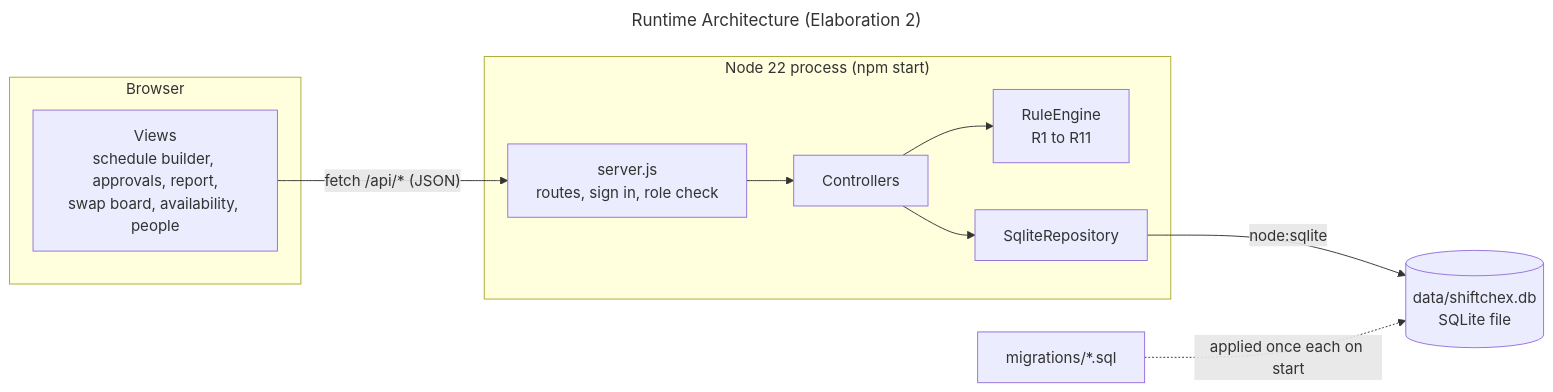
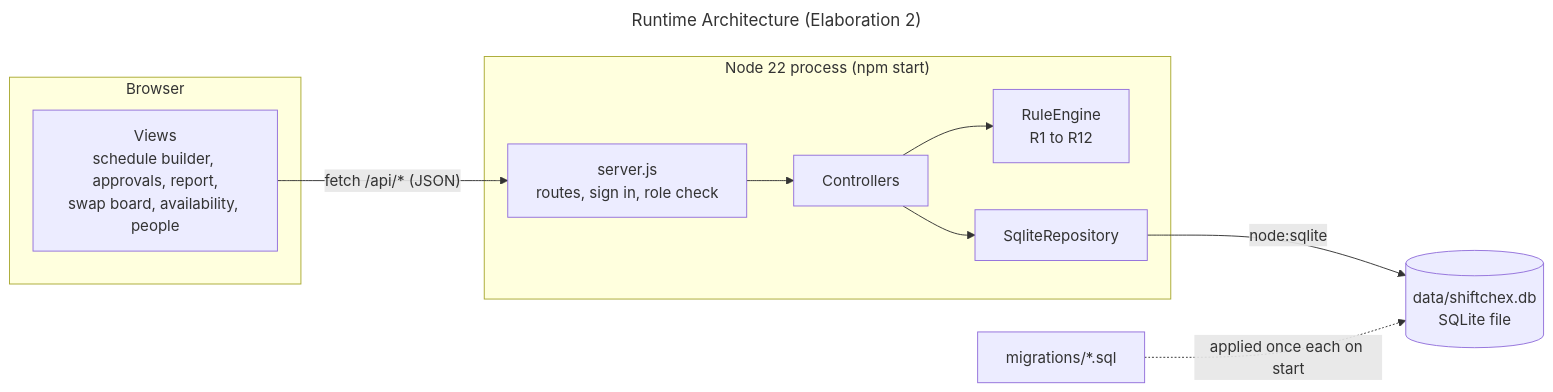
One commit to perfettiful/ShiftChex changed the diagram in diagrams/mmd/design/architecture.mmd. Above: the diagram before and after it, drawn with Mermaid. The commit also changed 67 other files, not shown here.

Commit message:
rerun create diagrams, landing page with three.js hero

```diff
--- a/diagrams/mmd/design/architecture.mmd
+++ b/diagrams/mmd/design/architecture.mmd
@@ -1,24 +1,24 @@
 ---
 title: Runtime Architecture (Elaboration 2)
 ---
 %% what actually runs. one node process serves the pages and the api,
 %% and the only thing it talks to is a sqlite file on disk
 flowchart LR
     subgraph Browser["Browser"]
         V["Views<br/>schedule builder, approvals, report,<br/>swap board, availability, people"]
     end
     subgraph Node["Node 22 process (npm start)"]
         S["server.js<br/>routes, sign in, role check"]
         C["Controllers"]
-        E["RuleEngine<br/>R1 to R11"]
+        E["RuleEngine<br/>R1 to R12"]
         R["SqliteRepository"]
         S --> C
         C --> E
         C --> R
     end
     DB[("data/shiftchex.db<br/>SQLite file")]
     M["migrations/*.sql"]
 
     V -- "fetch /api/* (JSON)" --> S
     R -- "node:sqlite" --> DB
     M -. "applied once each on start" .-> DB
```
